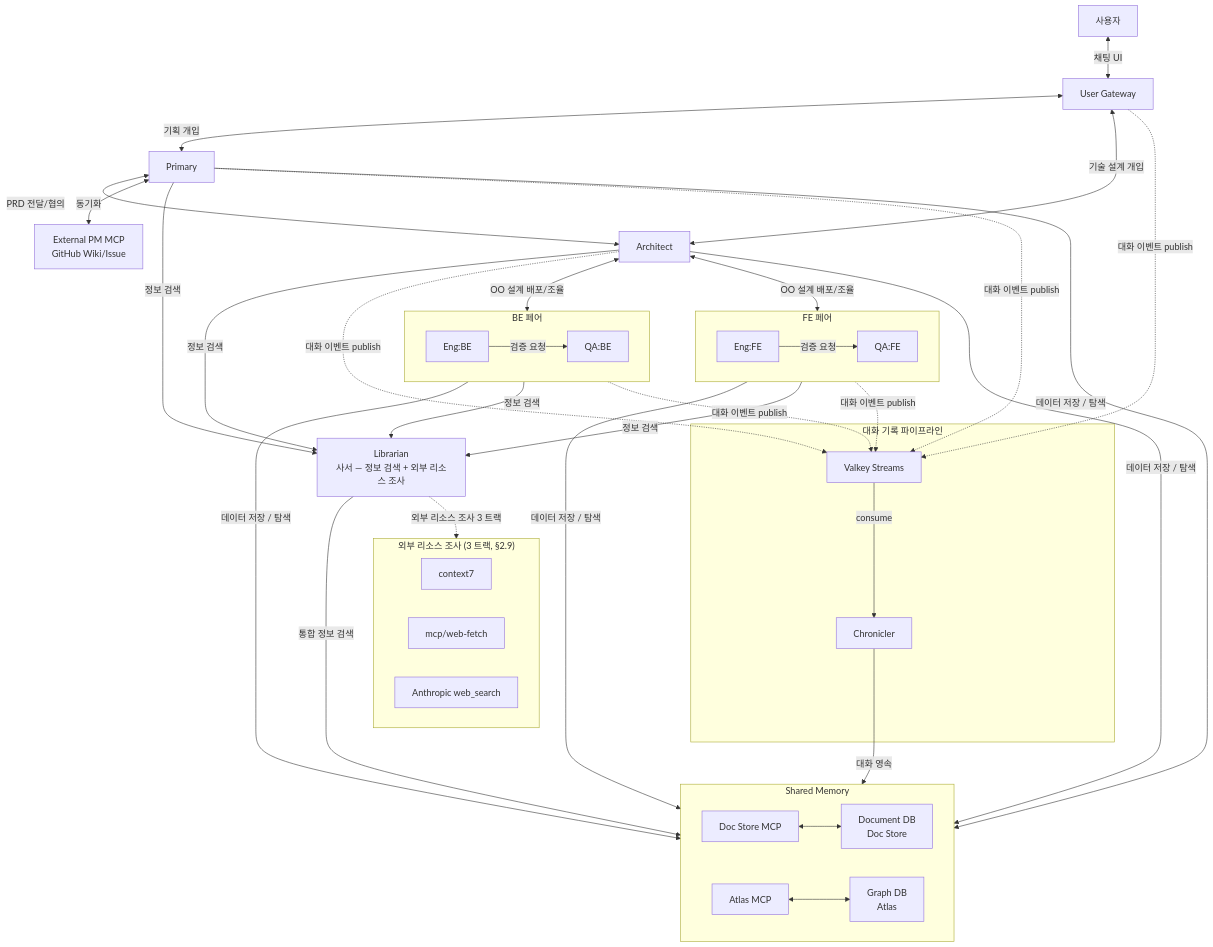
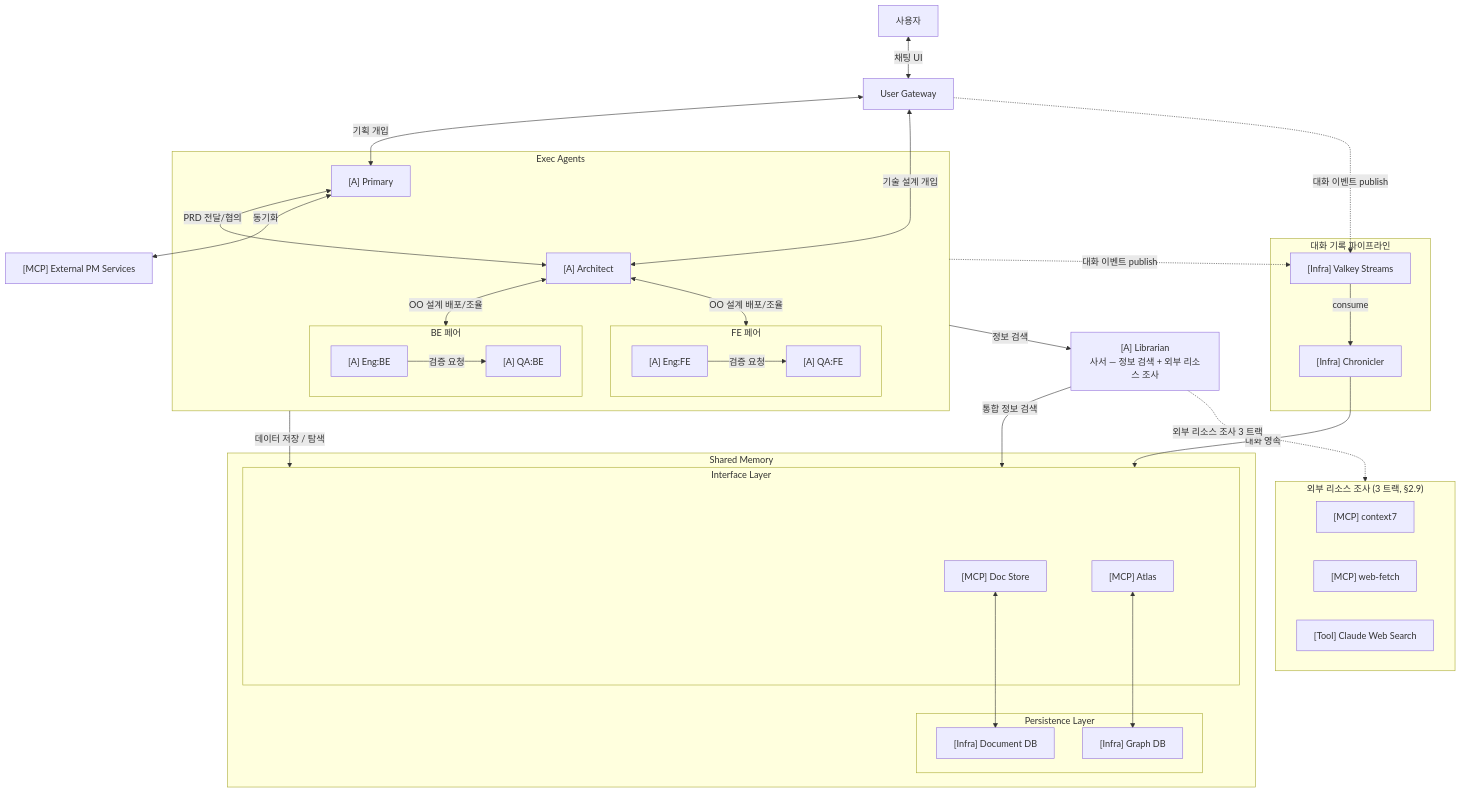
Before and after one commit to vonkernel/dev-team: the diagram in docs/proposal-main.md, drawn with Mermaid. The commit also changed other lines of this file, not shown here.

Commit message:
docs(proposal-main): §2.1 전체 구성도 — Exec Agents 박스 + tag 체계 + Layer 분리 (#66)
다이어그램 단순화 + 분류 명확화:
- **Exec Agents 박스** 신설 — P / A / BE 페어 / FE 페어를 묶은 추상.
  publish / 데이터 저장 / 정보 검색 화살표가 박스 단위 1 줄로 정리되어
  fan-out 5 source → 1 source 로 단순화. L 은 사서 역할 차별성을 위해
  박스 밖 별도 노드 유지.
- **컴포넌트 prefix 체계** — 각 노드에 `[A]` (에이전트) / `[MCP]` (MCP
  서버) / `[Infra]` (비-에이전트 인프라 · 서비스) / `[Tool]` (LLM API
  native tool) 태그 prefix. User Gateway 는 사용자 메시지 흐름의 입구로
  분류 모호하여 tag 미부여.
- **Shared Memory 2 계층 분리** — `Interface Layer` (MCP) +
  `Persistence Layer` (DB). 외부 화살표는 모두 Interface Layer 로만
  향하고 Persistence 는 MCP 가 내부적으로 접근. 추상화 layer 강제.
- **External PM Services** — 기존 `External PM MCP / GitHub Wiki/Issue`
  를 `[MCP] External PM Services` 로 단일 추상화. 구체 backend 명 제거.
- **Claude Web Search** — `Anthropic web_search` 표기를 `[Tool] Claude
  Web Search` 로 정정 (브랜드 일관).

단순화 주석 표 갱신:
- prefix legend 상단 추가
- `Exec Agents 박스` / `Interface · Persistence Layer 분리` 행 신설
- `데이터 저장 / 탐색` 행은 박스 단위 화살표가 도메인별로 다름을 multi-line
  으로 풀어 씀 (P / A / Eng·QA 별 호출 대상)
- 외부 리소스 / publish 행은 새 표기 (`web-fetch` / `Claude Web Search` /
  `Exec Agents 박스 + UG`) 반영

````diff
--- a/docs/proposal-main.md
+++ b/docs/proposal-main.md
@@ -81,66 +81,72 @@
 ```mermaid
 graph TD
     User["사용자"]
     UG["User Gateway"]
 
-    P["Primary"]
-    A["Architect"]
+    subgraph ExecAgents["Exec Agents"]
+        P["[A] Primary"]
+        A["[A] Architect"]
 
-    subgraph PairBE["BE 페어"]
-        Eng_BE["Eng:BE"] -->|검증 요청| QA_BE["QA:BE"]
+        subgraph PairBE["BE 페어"]
+            Eng_BE["[A] Eng:BE"] -->|검증 요청| QA_BE["[A] QA:BE"]
+        end
+
+        subgraph PairFE["FE 페어"]
+            Eng_FE["[A] Eng:FE"] -->|검증 요청| QA_FE["[A] QA:FE"]
+        end
+
+        P <-->|PRD 전달/협의| A
+        A <-->|OO 설계 배포/조율| PairBE
+        A <-->|OO 설계 배포/조율| PairFE
     end
 
-    subgraph PairFE["FE 페어"]
-        Eng_FE["Eng:FE"] -->|검증 요청| QA_FE["QA:FE"]
-    end
-
-    L["Librarian<br/>사서 — 정보 검색 + 외부 리소스 조사"]
+    L["[A] Librarian<br/>사서 — 정보 검색 + 외부 리소스 조사"]
 
     subgraph SharedMemory["Shared Memory"]
-        DocMCP["Doc Store MCP"]
-        GraphMCP["Atlas MCP"]
-        DocDB["Document DB<br/>Doc Store"]
-        GraphDB["Graph DB<br/>Atlas"]
+        subgraph InterfaceLayer["Interface Layer"]
+            DocMCP["[MCP] Doc Store"]
+            GraphMCP["[MCP] Atlas"]
+        end
+        subgraph PersistenceLayer["Persistence Layer"]
+            DocDB["[Infra] Document DB"]
+            GraphDB["[Infra] Graph DB"]
+        end
         DocMCP <--> DocDB
         GraphMCP <--> GraphDB
     end
 
     subgraph EventPipe["대화 기록 파이프라인"]
-        Broker["Valkey Streams"]
-        Chronicler["Chronicler"]
+        Broker["[Infra] Valkey Streams"]
+        Chronicler["[Infra] Chronicler"]
     end
 
-    ExtPmMCP["External PM MCP<br/>GitHub Wiki/Issue"]
+    ExtPmMCP["[MCP] External PM Services"]
 
     subgraph ResearchTracks["외부 리소스 조사 (3 트랙, §2.9)"]
-        Ctx7["context7"]
-        WebFetch["mcp/web-fetch"]
-        WebSearch["Anthropic web_search"]
+        Ctx7["[MCP] context7"]
+        WebFetch["[MCP] web-fetch"]
+        WebSearch["[Tool] Claude Web Search"]
     end
 
     %% 사용자 접점
     User <-->|채팅 UI| UG
     UG <-->|기획 개입| P
     UG <-->|기술 설계 개입| A
 
-    %% 에이전트 간 협업
-    P <-->|PRD 전달/협의| A
-    A <-->|OO 설계 배포/조율| PairBE
-    A <-->|OO 설계 배포/조율| PairFE
-
-    %% 외부 PM 도구 — P 단독 창구
+    %% 외부 PM 서비스 — P 단독 창구
     P <-->|동기화| ExtPmMCP
 
-    %% Shared Memory — 에이전트 직접 데이터 저장 / 탐색
-    P & A & PairBE & PairFE -->|데이터 저장 / 탐색| SharedMemory
-    Chronicler -->|대화 영속| SharedMemory
+    %% Shared Memory — Interface Layer 로만 화살표
+    ExecAgents -->|데이터 저장 / 탐색| InterfaceLayer
+    Chronicler -->|대화 영속| InterfaceLayer
 
-    %% 정보 검색 — L 전담 (외부 리소스 조사 포함 개념)
-    P & A & PairBE & PairFE -->|정보 검색| L
-    L -->|통합 정보 검색| SharedMemory
+    %% 정보 검색 — L 전담 (외부 리소스 조사 포함)
+    ExecAgents -->|정보 검색| L
+    L -->|통합 정보 검색| InterfaceLayer
     L -.->|외부 리소스 조사 3 트랙| ResearchTracks
 
     %% A2A 대화 이벤트 publish
-    UG & P & A & PairBE & PairFE -.->|대화 이벤트 publish| Broker
+    ExecAgents -.->|대화 이벤트 publish| Broker
+    UG -.->|대화 이벤트 publish| Broker
     Broker -->|consume| Chronicler
 ```
````
